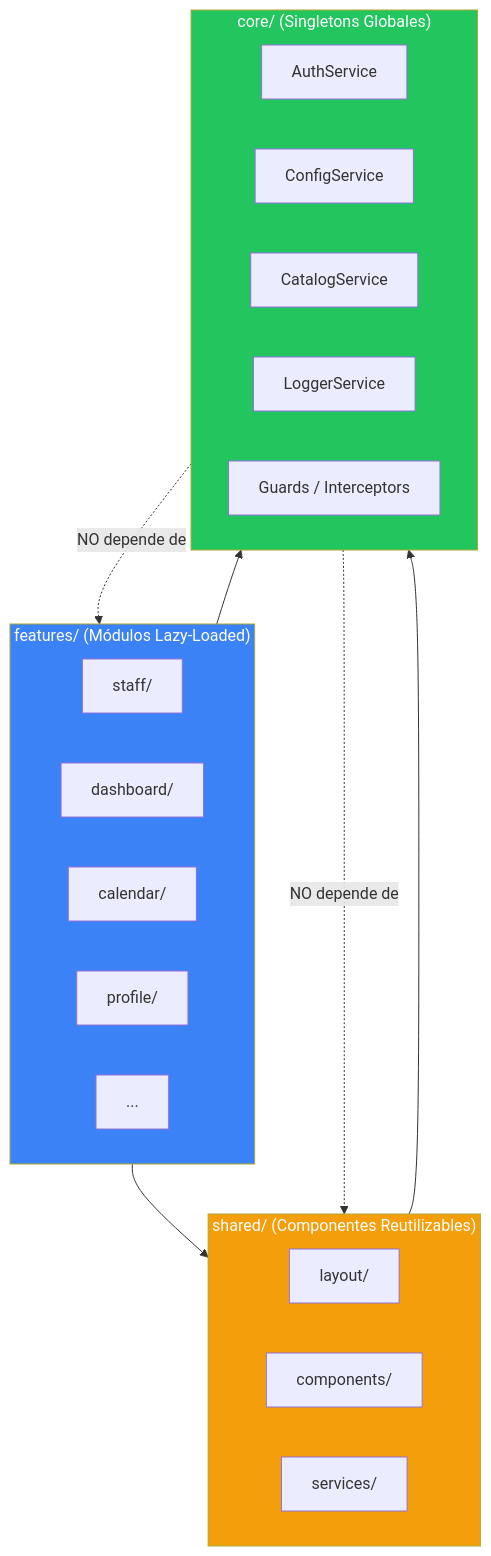
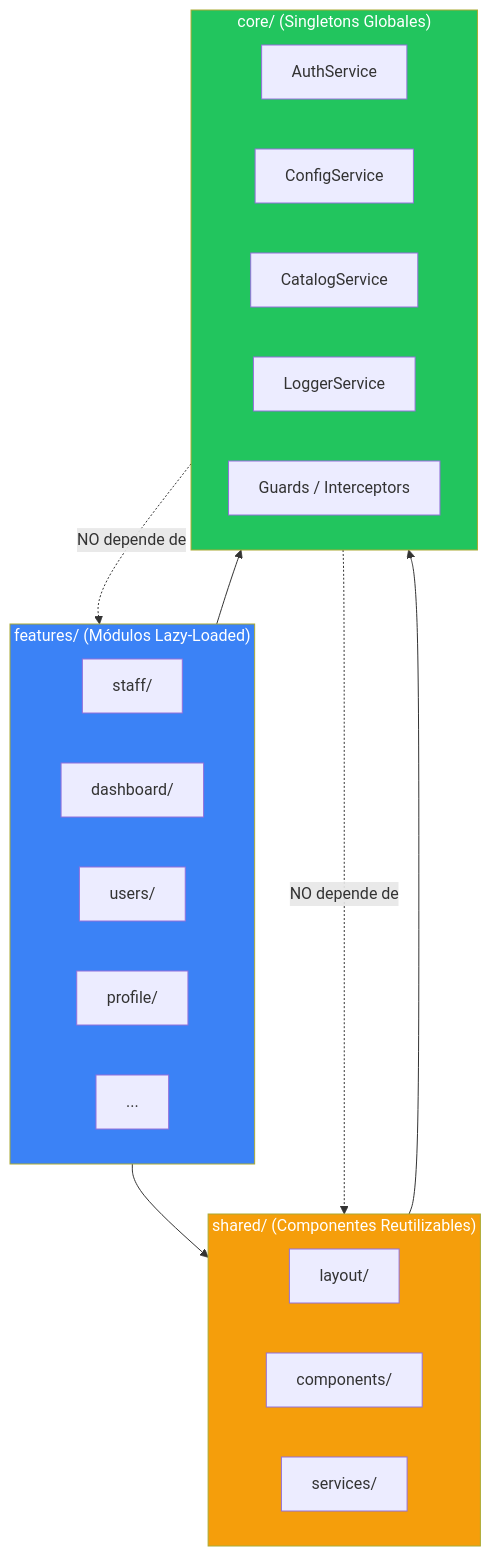
Before and after one commit to henrytaby/uyuni-frontend-ng: the first of 6 diagrams in docs/developer_guide/create-feature-module-guide.md, drawn with Mermaid. The commit also changed other lines of this file and 13 other files, not shown here.

Commit message:
refactor: update repository paths, project documentation, and architecture specifications to align with latest structural changes

````diff
--- a/docs/developer_guide/create-feature-module-guide.md
+++ b/docs/developer_guide/create-feature-module-guide.md
@@ -17,34 +17,34 @@
 ```mermaid
 graph TD
     subgraph Features["features/ (Módulos Lazy-Loaded)"]
         F1[staff/]
         F2[dashboard/]
-        F3[calendar/]
+        F3[users/]
         F4[profile/]
         F5[...]
     end
 
     subgraph Shared["shared/ (Componentes Reutilizables)"]
         S1[layout/]
         S2[components/]
         S3[services/]
     end
 
     subgraph Core["core/ (Singletons Globales)"]
         C1[AuthService]
         C2[ConfigService]
         C3[CatalogService]
         C4[LoggerService]
         C5[Guards / Interceptors]
     end
 
     Features --> Shared
     Features --> Core
     Shared --> Core
     Core -.->|NO depende de| Features
     Core -.->|NO depende de| Shared
 
     style Features fill:#3b82f6,color:#fff
     style Shared fill:#f59e0b,color:#fff
     style Core fill:#22c55e,color:#fff
 ```
````
